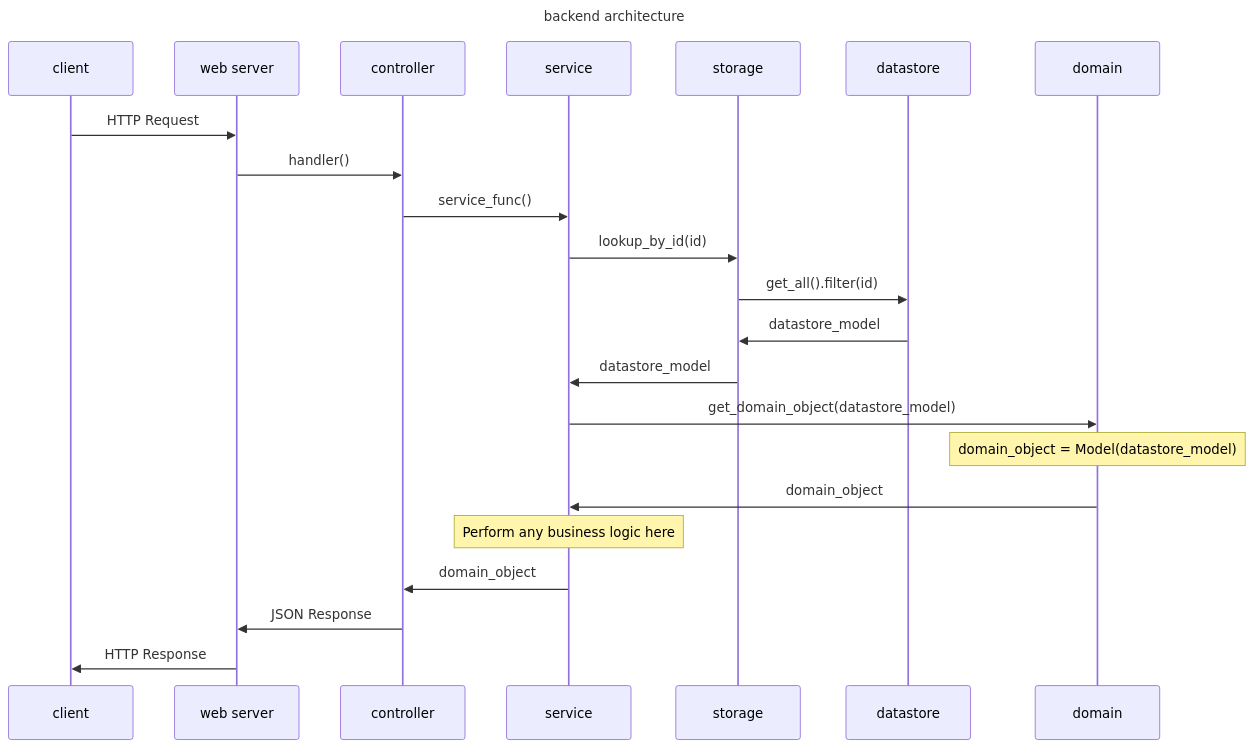
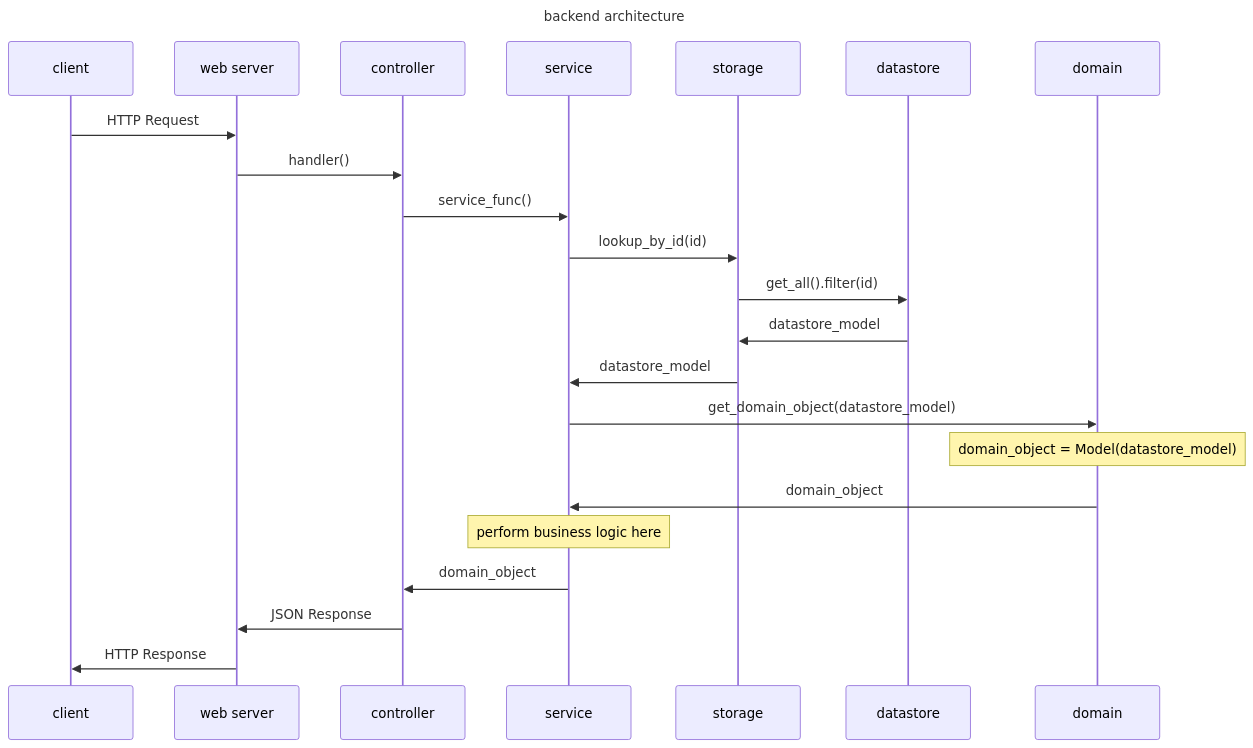
Before and after one commit to oppia/oppia-web-developer-docs: the second of 3 diagrams in Overview-of-the-Oppia-codebase.md, drawn with Mermaid.

Commit message:
one more update

````diff
--- a/Overview-of-the-Oppia-codebase.md
+++ b/Overview-of-the-Oppia-codebase.md
@@ -59,20 +59,20 @@
 ```mermaid
 ---
 title: backend architecture
 ---
 sequenceDiagram
     client->>web server: HTTP Request
     web server->>controller: handler()
     controller->>service: service_func()
     service->>storage: lookup_by_id(id)
     storage->>datastore: get_all().filter(id)
     datastore->>storage: datastore_model
     storage->>service: datastore_model
     service->>domain: get_domain_object(datastore_model)
     Note over domain: domain_object = Model(datastore_model)
     domain->>service: domain_object
-    Note over service: Perform any business logic here
+    Note over service: perform business logic here
     service->>controller: domain_object
     controller->>web server: JSON Response
     web server->>client: HTTP Response
 ```
````
